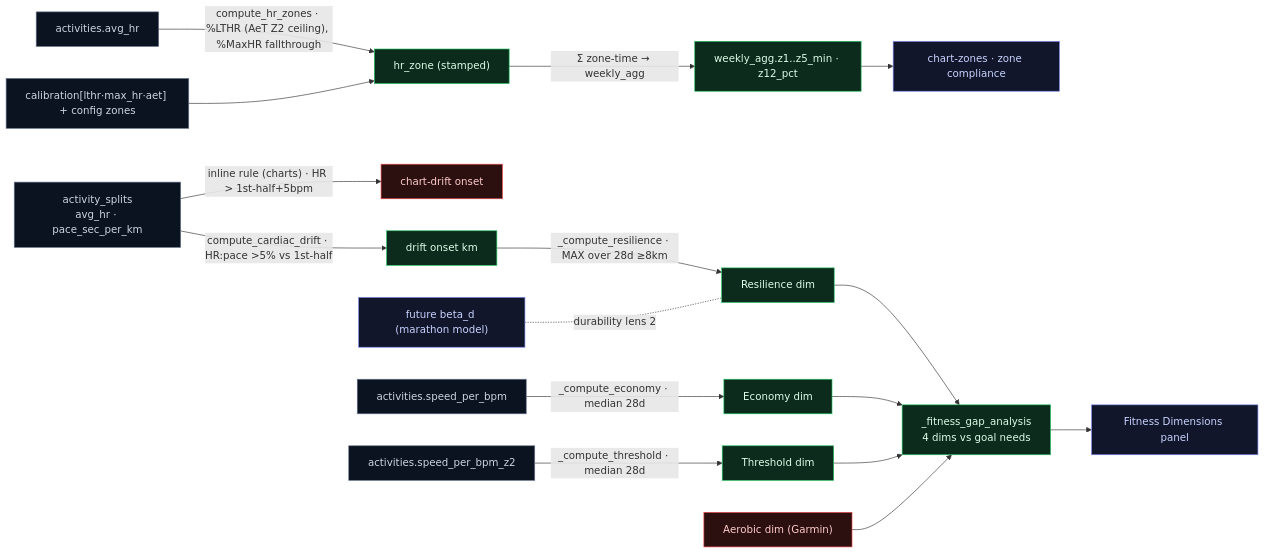
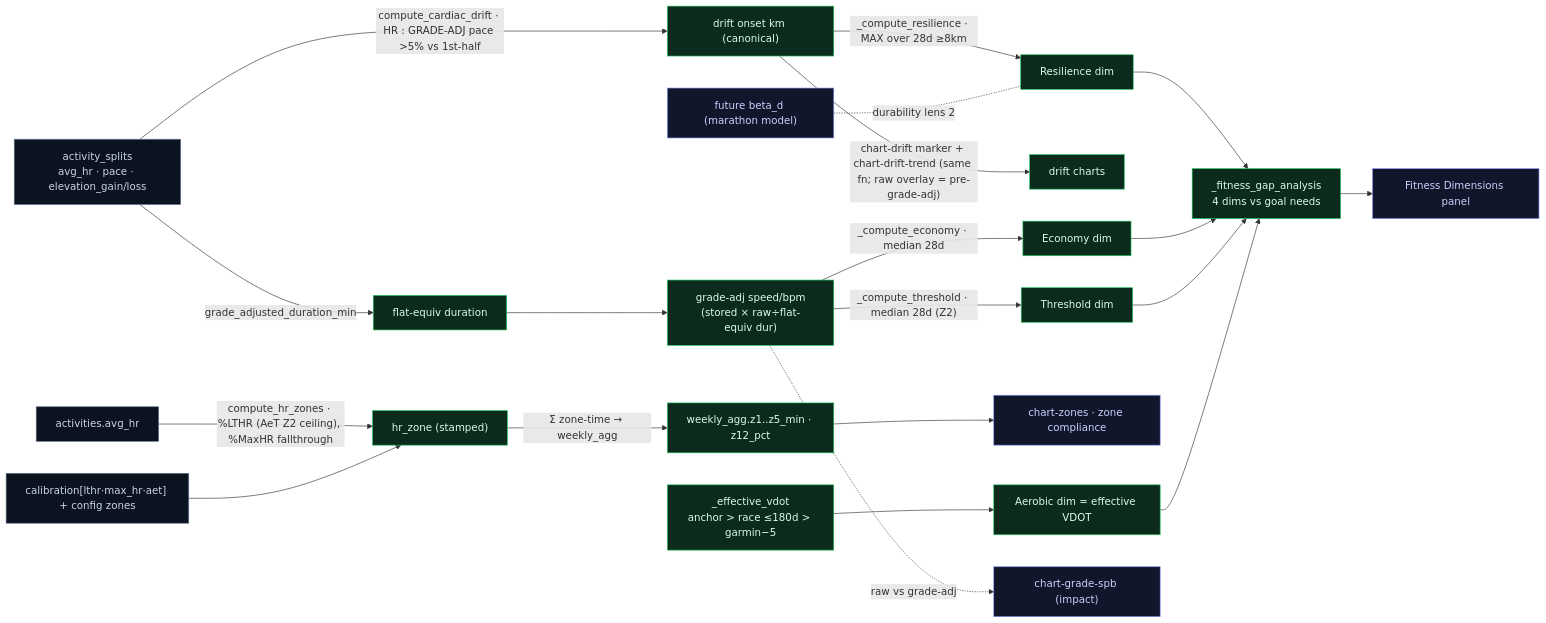
One commit to BigCrunsh/fit changed the fourth of 6 diagrams in DATA_LINEAGE.md. Above: the diagram before and after it, drawn with Mermaid. The commit also changed other lines of this file, not shown here.

First line of the commit message:
docs: bring DATA_LINEAGE up to the unified, grade-adjusted sources

````diff
--- a/DATA_LINEAGE.md
+++ b/DATA_LINEAGE.md
@@ -155,27 +155,30 @@
 ```mermaid
 flowchart LR
   classDef src fill:#0b1220,stroke:#64748b,color:#cbd5e1
   classDef fn fill:#0c2b1c,stroke:#22c55e,color:#dcfce7
   classDef dup fill:#2c1010,stroke:#ef4444,color:#fecaca
   classDef out fill:#11162a,stroke:#818cf8,color:#c7d2fe
-  SPL["activity_splits<br/>avg_hr · pace_sec_per_km"]:::src
-  SPL -->|"compute_cardiac_drift · HR:pace >5% vs 1st-half"| DO["drift onset km"]:::fn
+  SPL["activity_splits<br/>avg_hr · pace · elevation_gain/loss"]:::src
+  SPL -->|"compute_cardiac_drift · HR : GRADE-ADJ pace >5% vs 1st-half"| DO["drift onset km (canonical)"]:::fn
   DO -->|"_compute_resilience · MAX over 28d ≥8km"| RES["Resilience dim"]:::fn
-  SPL -->|"inline rule (charts) · HR > 1st-half+5bpm"| CDO["chart-drift onset"]:::dup
-  SPB["activities.speed_per_bpm"]:::src
+  DO -->|"chart-drift marker + chart-drift-trend (same fn; raw overlay = pre-grade-adj)"| CDO["drift charts"]:::fn
+  SPL -->|"grade_adjusted_duration_min"| GAD["flat-equiv duration"]:::fn
+  SPB["grade-adj speed/bpm<br/>(stored × raw÷flat-equiv dur)"]:::fn
+  GAD --> SPB
   SPB -->|"_compute_economy · median 28d"| ECO["Economy dim"]:::fn
-  SPBZ["activities.speed_per_bpm_z2"]:::src
-  SPBZ -->|"_compute_threshold · median 28d"| THR["Threshold dim"]:::fn
+  SPB -->|"_compute_threshold · median 28d (Z2)"| THR["Threshold dim"]:::fn
   AHR["activities.avg_hr"]:::src
   CALZ["calibration[lthr·max_hr·aet] + config zones"]:::src
   AHR -->|"compute_hr_zones · %LTHR (AeT Z2 ceiling), %MaxHR fallthrough"| HZ["hr_zone (stamped)"]:::fn
   CALZ --> HZ
   HZ -->|"Σ zone-time → weekly_agg"| ZW["weekly_agg.z1..z5_min · z12_pct"]:::fn
   ZW --> CHZ["chart-zones · zone compliance"]:::out
   RES --> FG["_fitness_gap_analysis<br/>4 dims vs goal needs"]:::fn
   ECO --> FG
   THR --> FG
-  AE2["Aerobic dim (Garmin)"]:::dup --> FG
+  VAN["_effective_vdot<br/>anchor > race ≤180d > garmin−5"]:::fn --> AE2["Aerobic dim = effective VDOT"]:::fn
+  AE2 --> FG
   FG --> PAN["Fitness Dimensions panel"]:::out
   BD["future beta_d (marathon model)"]:::out -. "durability lens 2" .- RES
+  SPB -.->|"raw vs grade-adj"| GAI["chart-grade-spb (impact)"]:::out
 ```
````
